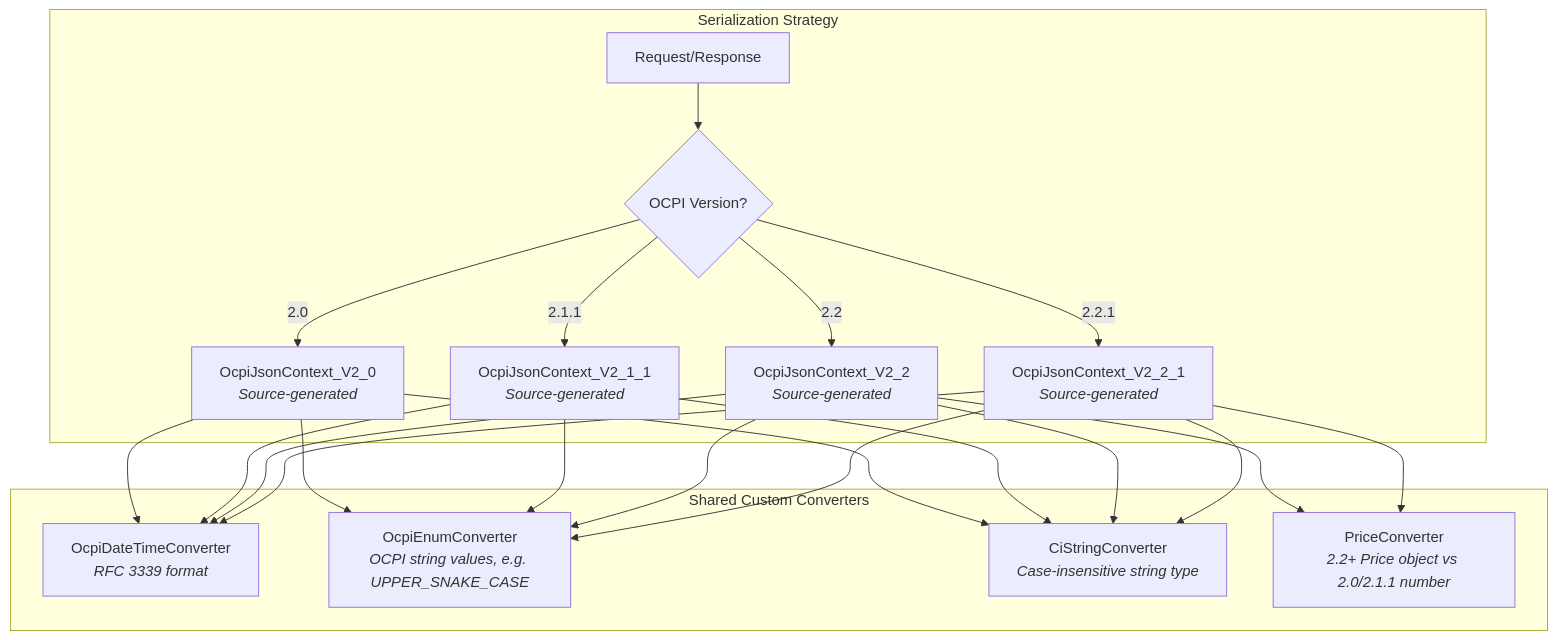
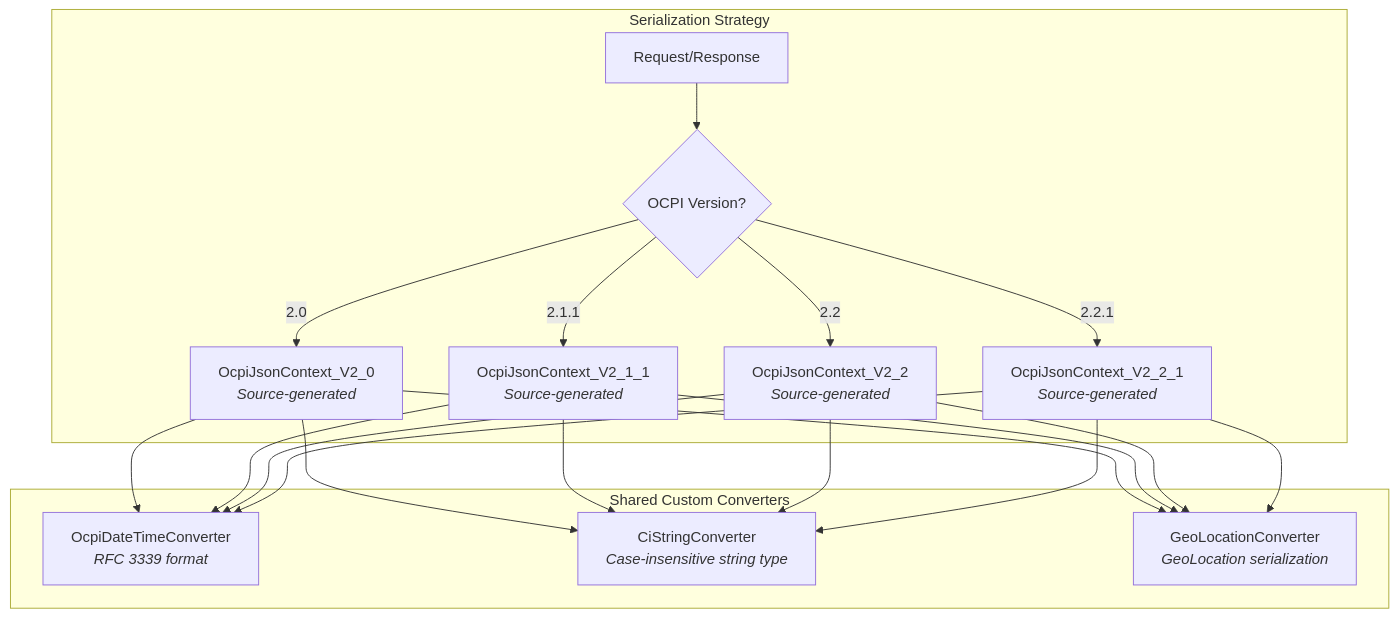
Diagram 29 of 34 in docs/architecture.md (hannan-m/DotOcpi), drawn with Mermaid before and after one commit. The commit also changed other lines of this file, not shown here.

First line of the commit message:
fix architecture.md to match actual implementation

````diff
--- a/docs/architecture.md
+++ b/docs/architecture.md
@@ -1100,20 +1101,18 @@
 ```mermaid
 graph TD
     subgraph "Serialization Strategy"
         Req[Request/Response] --> Version{OCPI Version?}
         Version -->|2.0| Ctx20["OcpiJsonContext_V2_0<br/><i>Source-generated</i>"]
         Version -->|2.1.1| Ctx211["OcpiJsonContext_V2_1_1<br/><i>Source-generated</i>"]
         Version -->|2.2| Ctx22["OcpiJsonContext_V2_2<br/><i>Source-generated</i>"]
         Version -->|2.2.1| Ctx221["OcpiJsonContext_V2_2_1<br/><i>Source-generated</i>"]
     end
 
     subgraph "Shared Custom Converters"
         Conv1["OcpiDateTimeConverter<br/><i>RFC 3339 format</i>"]
-        Conv2["OcpiEnumConverter<br/><i>OCPI string values, e.g. UPPER_SNAKE_CASE</i>"]
         Conv3["CiStringConverter<br/><i>Case-insensitive string type</i>"]
-        Conv4["PriceConverter<br/><i>2.2+ Price object vs 2.0/2.1.1 number</i>"]
+        Conv5["GeoLocationConverter<br/><i>GeoLocation serialization</i>"]
     end
 
-    Ctx20 & Ctx211 & Ctx22 & Ctx221 --> Conv1 & Conv2 & Conv3
-    Ctx22 & Ctx221 --> Conv4
+    Ctx20 & Ctx211 & Ctx22 & Ctx221 --> Conv1 & Conv3 & Conv5
 ```
````
